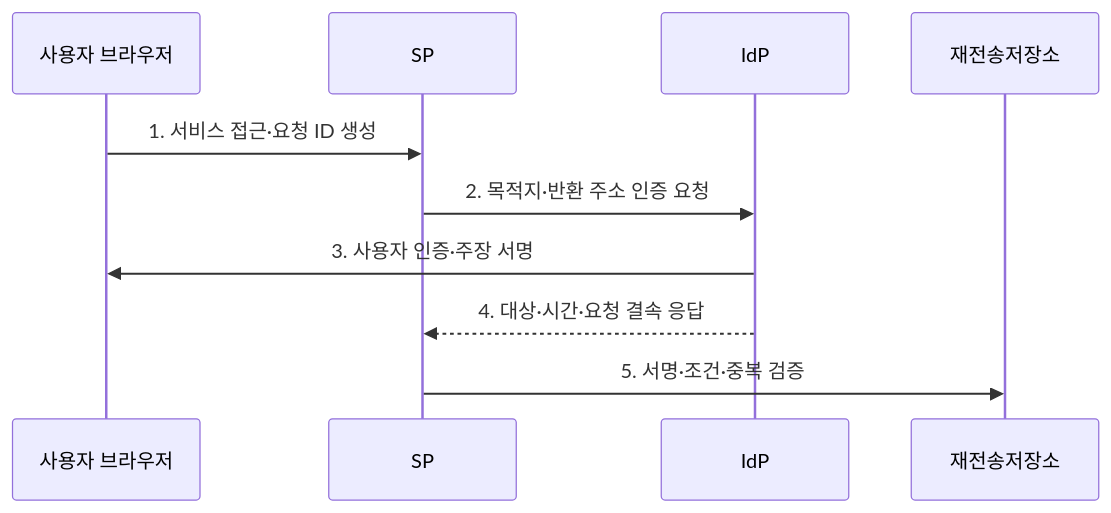
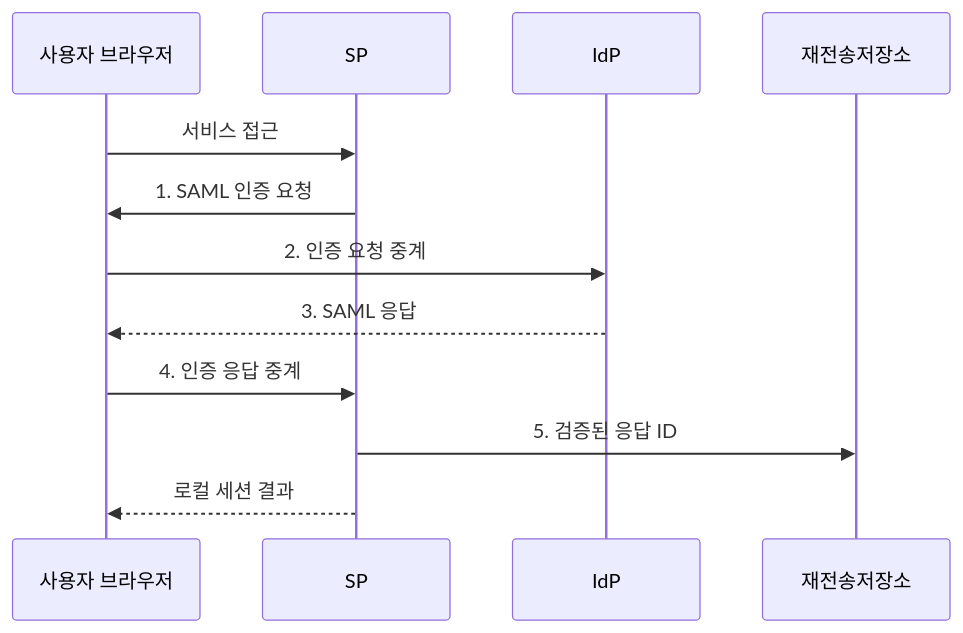
The second of 2 diagrams in src/content/docs/notes/05-security/058_saml.md (agnusdei1207/knowledge-base), drawn with Mermaid before and after one commit. The commit also changed other lines of this file and 20 other files, not shown here.

````diff
--- a/src/content/docs/notes/05-security/058_saml.md
+++ b/src/content/docs/notes/05-security/058_saml.md
@@ -88,12 +89,14 @@
 ```mermaid
 sequenceDiagram
     participant U as 사용자 브라우저
     participant S as SP
     participant I as IdP
     participant 재전송저장소
-    U->>S: 1. 서비스 접근·요청 ID 생성
-    S->>I: 2. 목적지·반환 주소 인증 요청
-    I->>U: 3. 사용자 인증·주장 서명
-    I-->>S: 4. 대상·시간·요청 결속 응답
-    S->>재전송저장소: 5. 서명·조건·중복 검증
+    U->>S: 서비스 접근
+    S->>U: 1. SAML 인증 요청
+    U->>I: 2. 인증 요청 중계
+    I-->>U: 3. SAML 응답
+    U->>S: 4. 인증 응답 중계
+    S->>재전송저장소: 5. 검증된 응답 ID
+    S-->>U: 로컬 세션 결과
 ```
````
